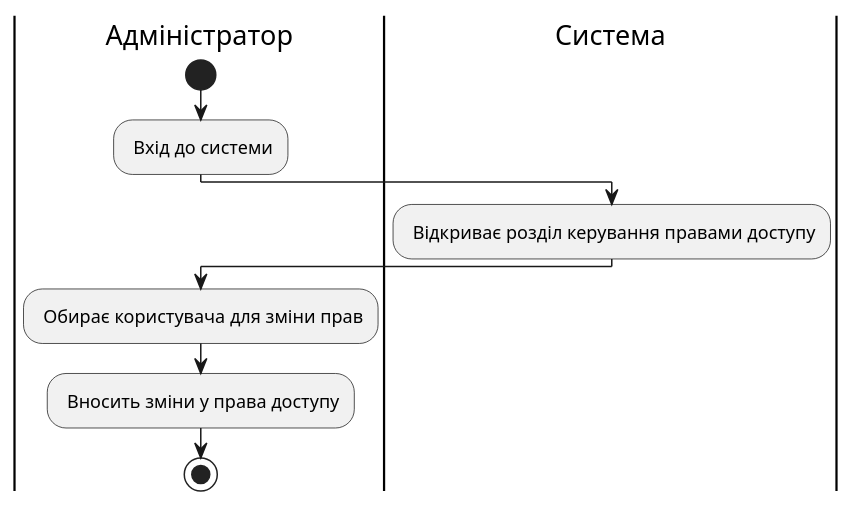
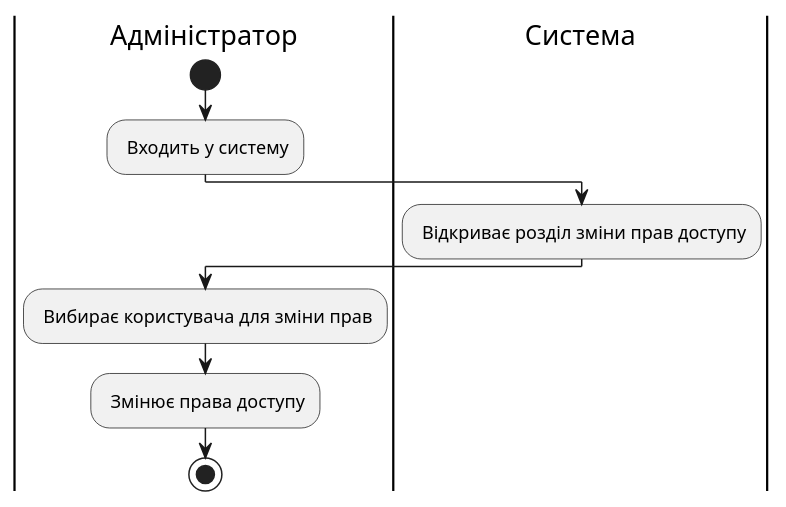
Before and after one commit to tyntyntynnnn/edu_db_labs: diagram 12 of 14 in docs/use cases/README.md, drawn with PlantUML. The commit also changed other lines of this file, not shown here.

```diff
--- a/docs/use cases/README.md
+++ b/docs/use cases/README.md
@@ -556,16 +494,16 @@
 @startuml
 
-|Адміністратор|
-start;
-: Вхід до системи;
-
-|Система|
-: Відкриває розділ керування правами доступу;
-
-|Адміністратор|
-: Обирає користувача для зміни прав;
-: Вносить зміни у права доступу;
-
-stop;
+    |Адміністратор|
+    start;
+    : Входить у систему;
+    
+    |Система|
+    : Відкриває розділ зміни прав доступу;
+    
+    |Адміністратор|
+    : Вибирає користувача для зміни прав;
+    : Змінює права доступу;
+    
+    stop;
 
 @enduml
```
